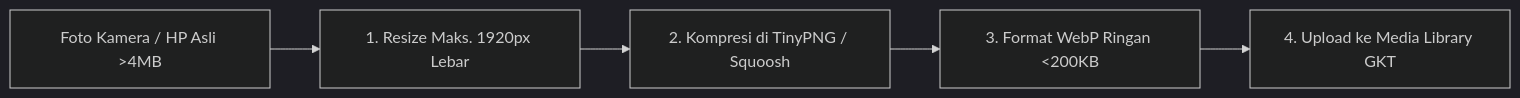
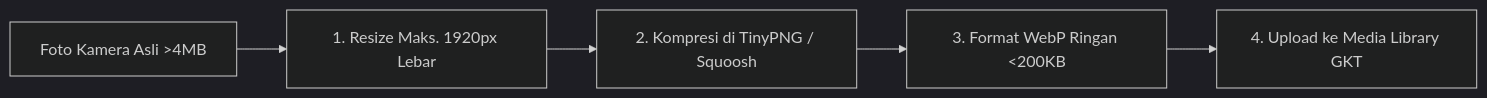
Before and after one commit to alisidik1996/garudakaryateknik: the diagram in bab-4-media-dan-aset/README.md, drawn with Mermaid (dark theme). The commit also changed other lines of this file and 8 other files, not shown here.

````diff
--- a/bab-4-media-dan-aset/README.md
+++ b/bab-4-media-dan-aset/README.md
@@ -36,7 +36,7 @@
 ```mermaid
 graph LR
-    A[Foto Kamera / HP Asli >4MB] --> B[1. Resize Maks. 1920px Lebar]
+    A[Foto Kamera Asli >4MB] --> B[1. Resize Maks. 1920px Lebar]
     B --> C[2. Kompresi di TinyPNG / Squoosh]
     C --> D[3. Format WebP Ringan <200KB]
     D --> E[4. Upload ke Media Library GKT]
 ```
````
